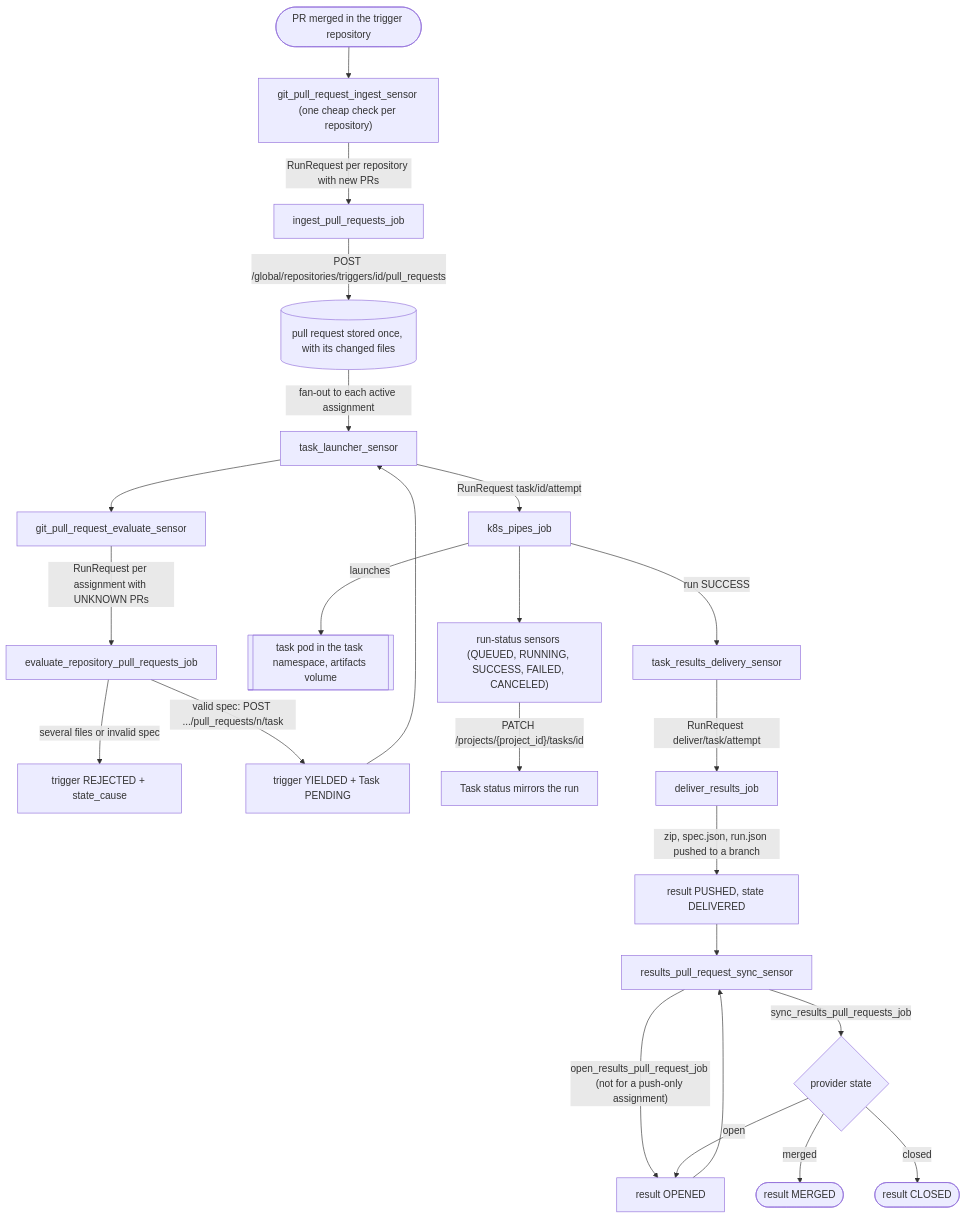
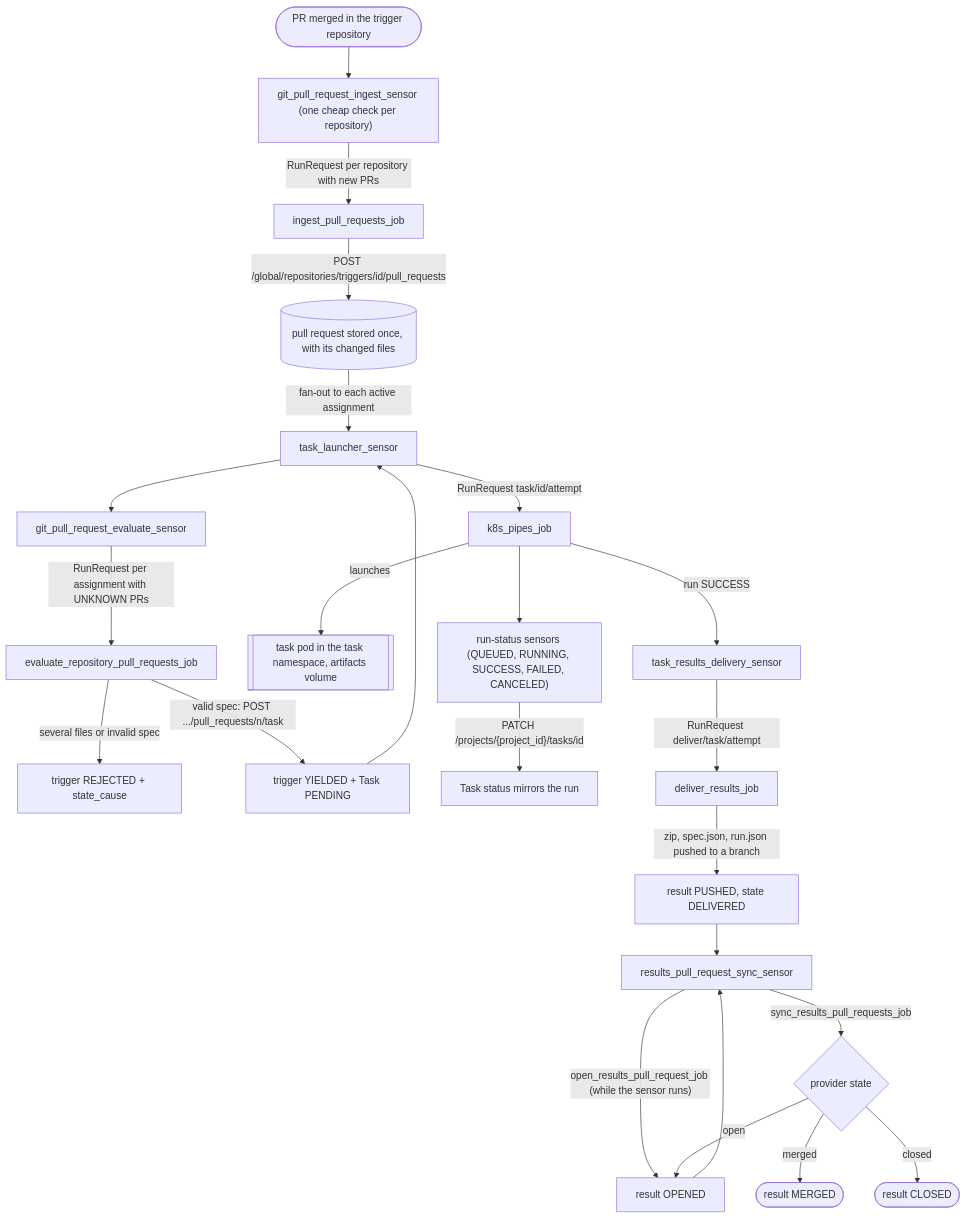
The first of 3 diagrams in docs/architecture/flows.md (Aridhia-Open-Source/PHEMS_federated_node), drawn with Mermaid before and after one commit. The commit also changed other lines of this file and 33 other files, not shown here.

First line of the commit message:
Remove the per-project open_pull_requests flag: push-only is the node's, by stopping the results PR sensor

````diff
--- a/docs/architecture/flows.md
+++ b/docs/architecture/flows.md
@@ -7,26 +7,26 @@
 ```mermaid
 flowchart TD
     A([PR merged in the trigger repository]) --> B["git_pull_request_ingest_sensor (one cheap check per repository)"]
     B -->|"RunRequest per repository with new PRs"| B2["ingest_pull_requests_job"]
     B2 -->|"POST /global/repositories/triggers/id/pull_requests"| S[("pull request stored once, with its changed files")]
     S -->|"fan-out to each active assignment"| F["PullRequestTrigger per assignment: UNKNOWN (non-matching project resources are skipped)"]
     F --> C[git_pull_request_evaluate_sensor]
     C -->|"RunRequest per assignment with UNKNOWN PRs"| D[evaluate_repository_pull_requests_job]
     D -->|"several files or invalid spec"| I2[trigger REJECTED + state_cause]
     D -->|"valid spec: POST .../pull_requests/n/task"| E[trigger YIELDED + Task PENDING]
     E --> F[task_launcher_sensor]
     F -->|"RunRequest task/id/attempt"| G[k8s_pipes_job]
     G -->|"launches"| P[[task pod in the task namespace, artifacts volume]]
     G --> H["run-status sensors (QUEUED, RUNNING, SUCCESS, FAILED, CANCELED)"]
     H -->|"PATCH /projects/{project_id}/tasks/id"| T[Task status mirrors the run]
     G -->|"run SUCCESS"| J[task_results_delivery_sensor]
     J -->|"RunRequest deliver/task/attempt"| K[deliver_results_job]
     K -->|"zip, spec.json, run.json pushed to a branch"| L["result PUSHED, state DELIVERED"]
     L --> N[results_pull_request_sync_sensor]
-    N -->|"open_results_pull_request_job (not for a push-only assignment)"| M[result OPENED]
+    N -->|"open_results_pull_request_job (while the sensor runs)"| M[result OPENED]
     M --> N
     N -->|"sync_results_pull_requests_job"| O{provider state}
     O -->|merged| Q([result MERGED])
     O -->|closed| R([result CLOSED])
     O -->|open| M
 ```
````
